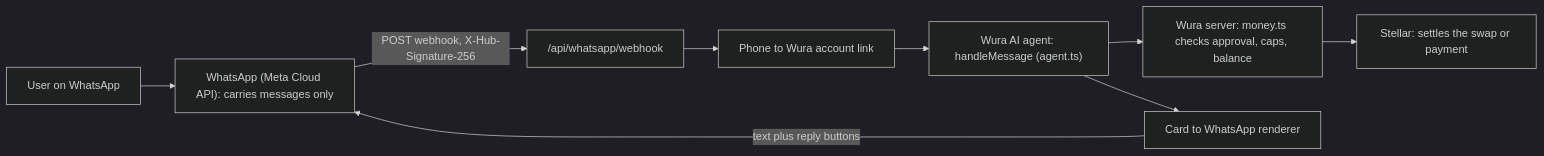
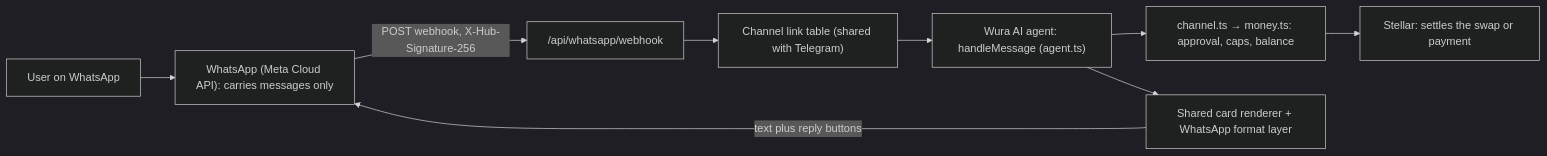
One commit to yinkscss/wura changed the diagram in docs/whatsapp.md. Above: the diagram before and after it, drawn with Mermaid (dark theme). The commit also changed other lines of this file and 2 other files, not shown here.

First line of the commit message:
Update WhatsApp brief for main and review feedback

````diff
--- a/docs/whatsapp.md
+++ b/docs/whatsapp.md
@@ -152,11 +153,11 @@
 ```mermaid
 flowchart LR
   user["User on WhatsApp"] --> meta["WhatsApp (Meta Cloud API): carries messages only"]
   meta -->|"POST webhook, X-Hub-Signature-256"| hook["/api/whatsapp/webhook"]
-  hook --> link["Phone to Wura account link"]
+  hook --> link["Channel link table (shared with Telegram)"]
   link --> agent["Wura AI agent: handleMessage (agent.ts)"]
-  agent --> money["Wura server: money.ts checks approval, caps, balance"]
+  agent --> money["channel.ts → money.ts: approval, caps, balance"]
   money --> stellar["Stellar: settles the swap or payment"]
-  agent --> render["Card to WhatsApp renderer"]
+  agent --> render["Shared card renderer + WhatsApp format layer"]
   render -->|"text plus reply buttons"| meta
 ```
````
